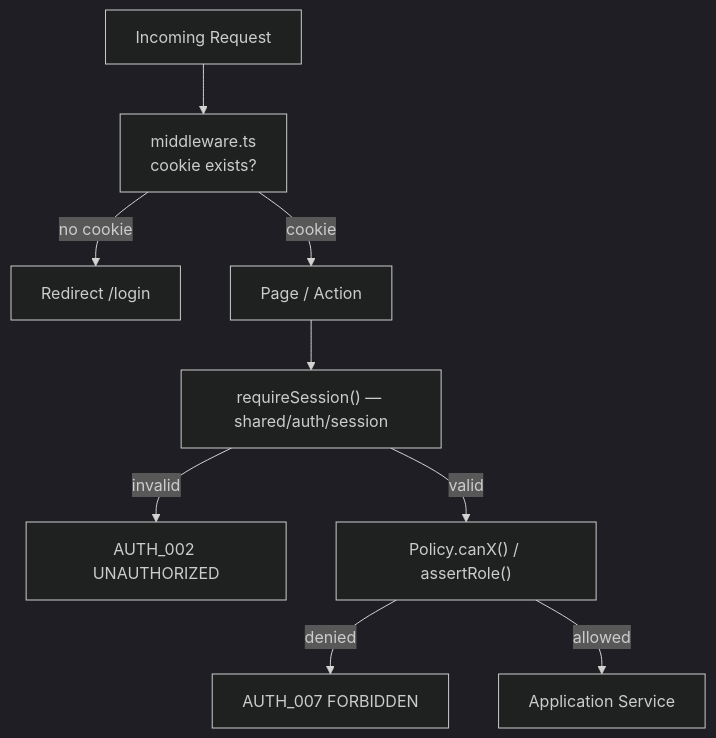
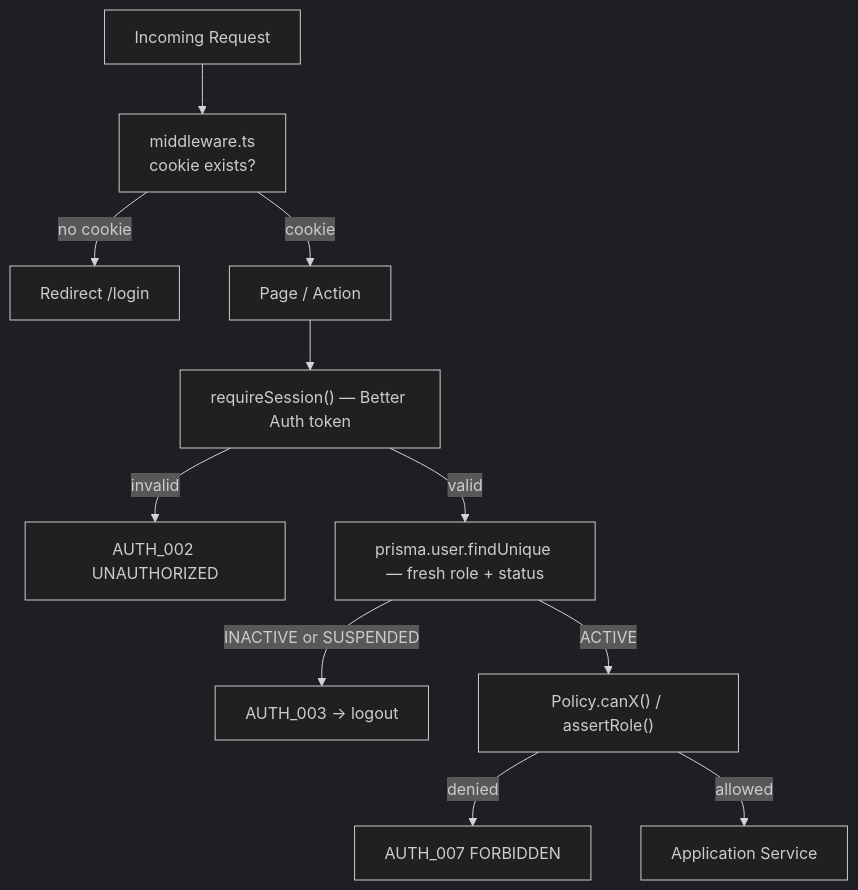
One commit to Shivayaagrawal/assetflow changed the eighth of 8 diagrams in docs/lld.md. Above: the diagram before and after it, drawn with Mermaid (dark theme). The commit also changed other lines of this file and 17 other files, not shown here.

First line of the commit message:
docs(auth): freeze architecture and document auth lifecycle + security

````diff
--- a/docs/lld.md
+++ b/docs/lld.md
@@ -488,11 +530,13 @@
 ```mermaid
 flowchart TB
   Request["Incoming Request"] --> MW["middleware.ts<br/>cookie exists?"]
   MW -->|no cookie| Redirect["Redirect /login"]
   MW -->|cookie| Page["Page / Action"]
-  Page --> RS["requireSession() — shared/auth/session"]
+  Page --> RS["requireSession() — Better Auth token"]
   RS -->|invalid| Err401["AUTH_002 UNAUTHORIZED"]
-  RS -->|valid| Policy["Policy.canX() / assertRole()"]
+  RS -->|valid| DB["prisma.user.findUnique — fresh role + status"]
+  DB -->|INACTIVE or SUSPENDED| Err403a["AUTH_003 → logout"]
+  DB -->|ACTIVE| Policy["Policy.canX() / assertRole()"]
   Policy -->|denied| Err403["AUTH_007 FORBIDDEN"]
   Policy -->|allowed| Service["Application Service"]
 ```
````
